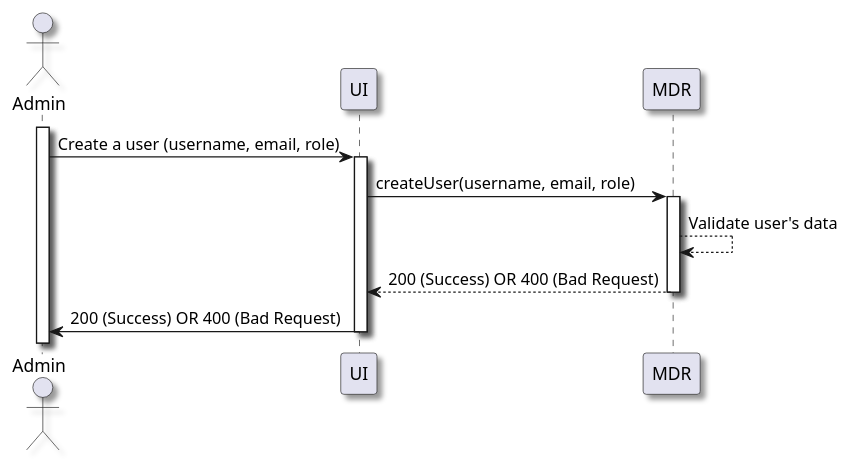
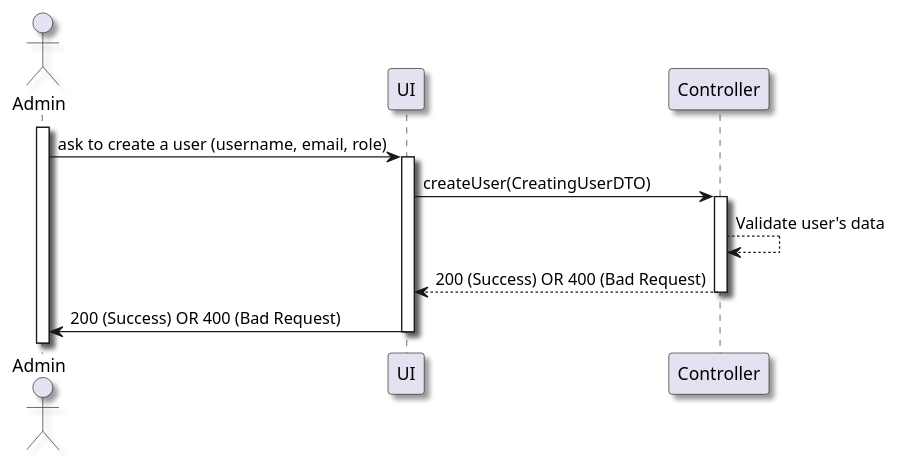
One commit to vscosousa/LAPR5_3DC_G15 changed the diagram in docs/sprint_A/us_5.1.1/level_2/puml/level_2.puml. Above: the diagram before and after it, drawn with PlantUML. The commit also changed 16 other files, not shown here.

```diff
--- a/docs/sprint_A/us_5.1.1/level_2/puml/level_2.puml
+++ b/docs/sprint_A/us_5.1.1/level_2/puml/level_2.puml
@@ -1,21 +1,21 @@
-@startuml US5.1.1 Level 2
+@startuml level_2
 'https://plantuml.com/sequence-diagram
 skinparam handwritten false
 skinparam monochrome false
 skinparam packageStyle rect
 skinparam defaultFontName FG Virgil
 skinparam shadowing true
 
 actor Admin as AD
 activate AD
-AD -> UI: Create a user (username, email, role)
+AD -> UI: ask to create a user (username, email, role)
 activate UI
-UI -> MDR: createUser(username, email, role)
-activate MDR
-MDR --> MDR: Validate user's data
-MDR --> UI: 200 (Success) OR 400 (Bad Request)
-deactivate MDR
+UI -> Controller: createUser(CreatingUserDTO)
+activate Controller
+Controller --> Controller: Validate user's data
+Controller --> UI: 200 (Success) OR 400 (Bad Request)
+deactivate Controller
 UI -> AD: 200 (Success) OR 400 (Bad Request)
 deactivate UI
 
 @enduml
```
